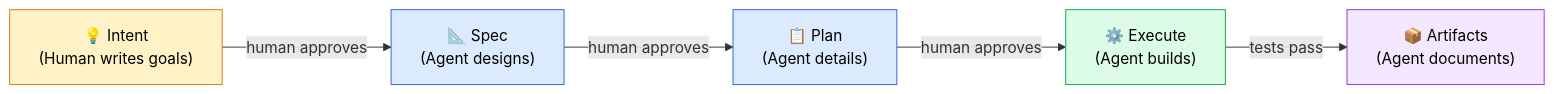
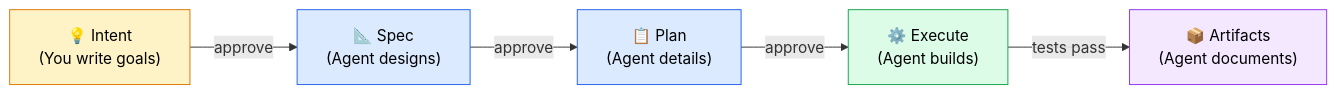
Before and after one commit to shc261392/intent-first: the diagram in README.md, drawn with Mermaid. The commit also changed other lines of this file and 20 other files, not shown here.

````diff
--- a/README.md
+++ b/README.md
@@ -27,19 +31,19 @@
 ```mermaid
 flowchart LR
-    I["💡 Intent\n(Human writes goals)"]
+    I["💡 Intent\n(You write goals)"]
     S["📐 Spec\n(Agent designs)"]
     P["📋 Plan\n(Agent details)"]
     E["⚙️ Execute\n(Agent builds)"]
     A["📦 Artifacts\n(Agent documents)"]
 
-    I -->|"human approves"| S
-    S -->|"human approves"| P
-    P -->|"human approves"| E
+    I -->|"approve"| S
+    S -->|"approve"| P
+    P -->|"approve"| E
     E -->|"tests pass"| A
 
     style I fill:#fef3c7,stroke:#d97706,color:#000
     style S fill:#dbeafe,stroke:#2563eb,color:#000
     style P fill:#dbeafe,stroke:#2563eb,color:#000
     style E fill:#dcfce7,stroke:#16a34a,color:#000
     style A fill:#f3e8ff,stroke:#9333ea,color:#000
 ```
````
